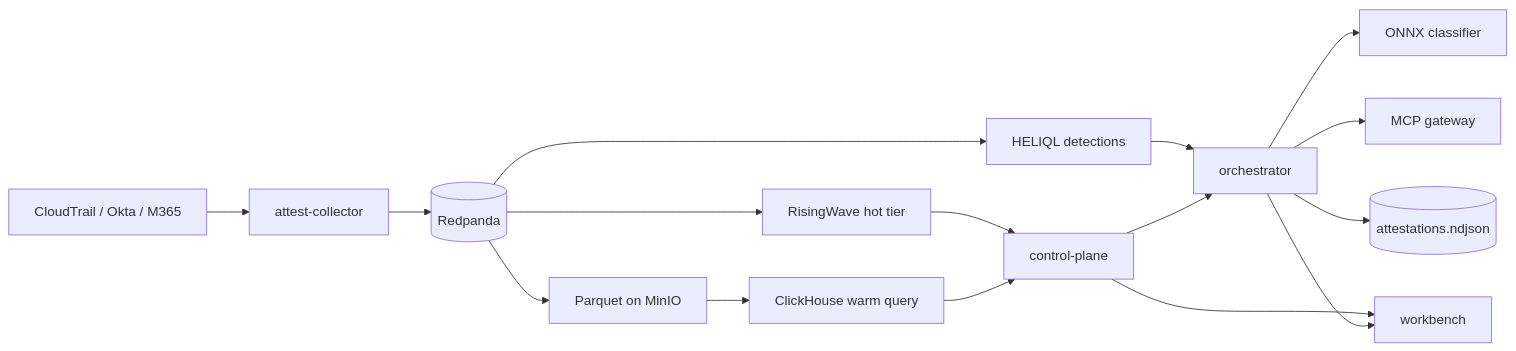
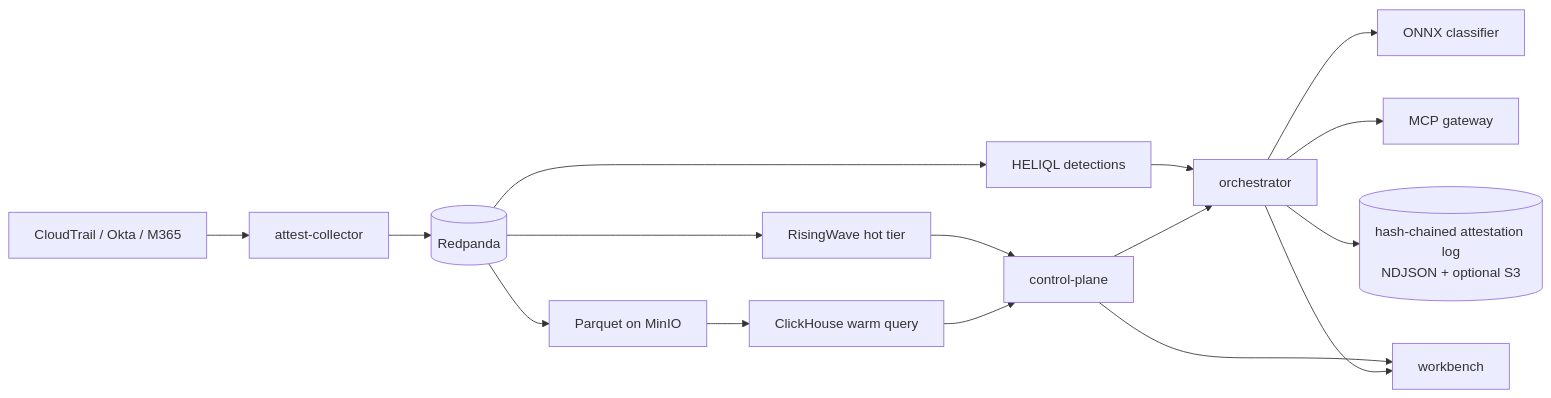
Before and after one commit to mhomaid/attest: the diagram in README.md, drawn with Mermaid. The commit also changed other lines of this file and 35 other files, not shown here.

First line of the commit message:
feat: tenant-aware CloudTrail ingest, durable attestation log, and public demo

````diff
--- a/README.md
+++ b/README.md
@@ -11,18 +11,18 @@
 ```mermaid
 flowchart LR
   CT[CloudTrail / Okta / M365] --> Col[attest-collector]
   Col --> RP[(Redpanda)]
   RP --> RW[RisingWave hot tier]
   RP --> PQ[Parquet on MinIO]
   RP --> Det[HELIQL detections]
   PQ --> CH[ClickHouse warm query]
   RW --> CP[control-plane]
   CH --> CP
   Det --> Orch[orchestrator]
   CP --> Orch
   Orch --> ONNX[ONNX classifier]
   Orch --> MCP[MCP gateway]
-  Orch --> Log[(attestations.ndjson)]
+  Orch --> Log[(hash-chained attestation log<br/>NDJSON + optional S3)]
   CP --> WB[workbench]
   Orch --> WB
 ```
````
